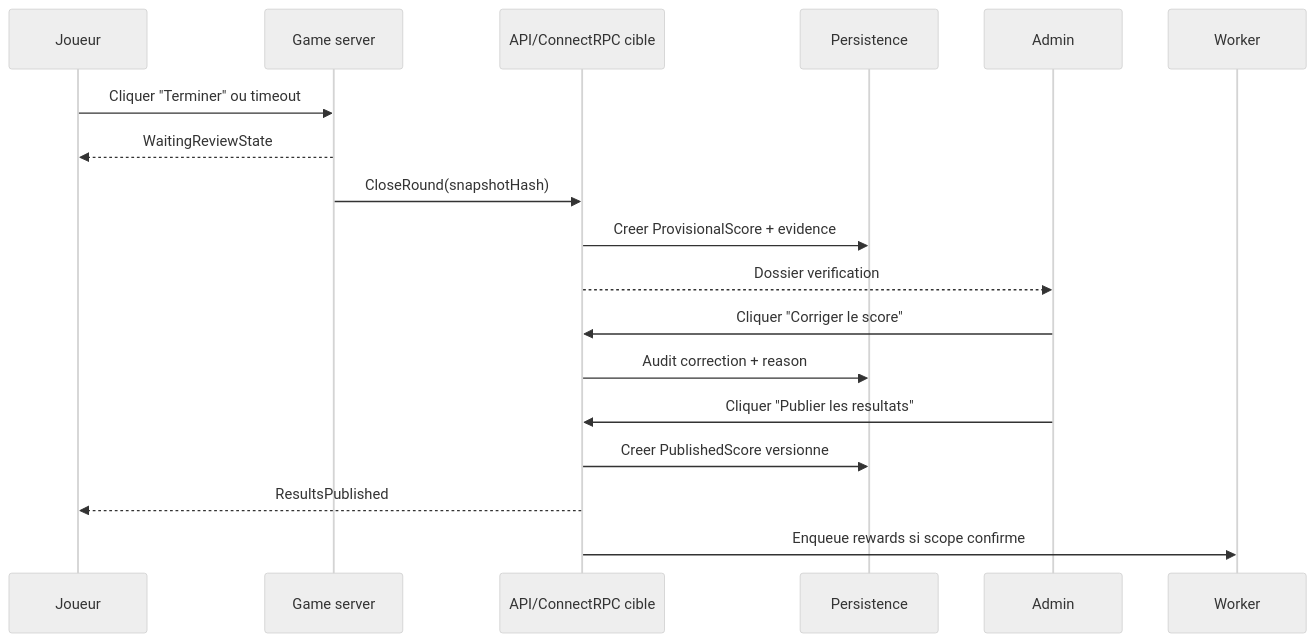
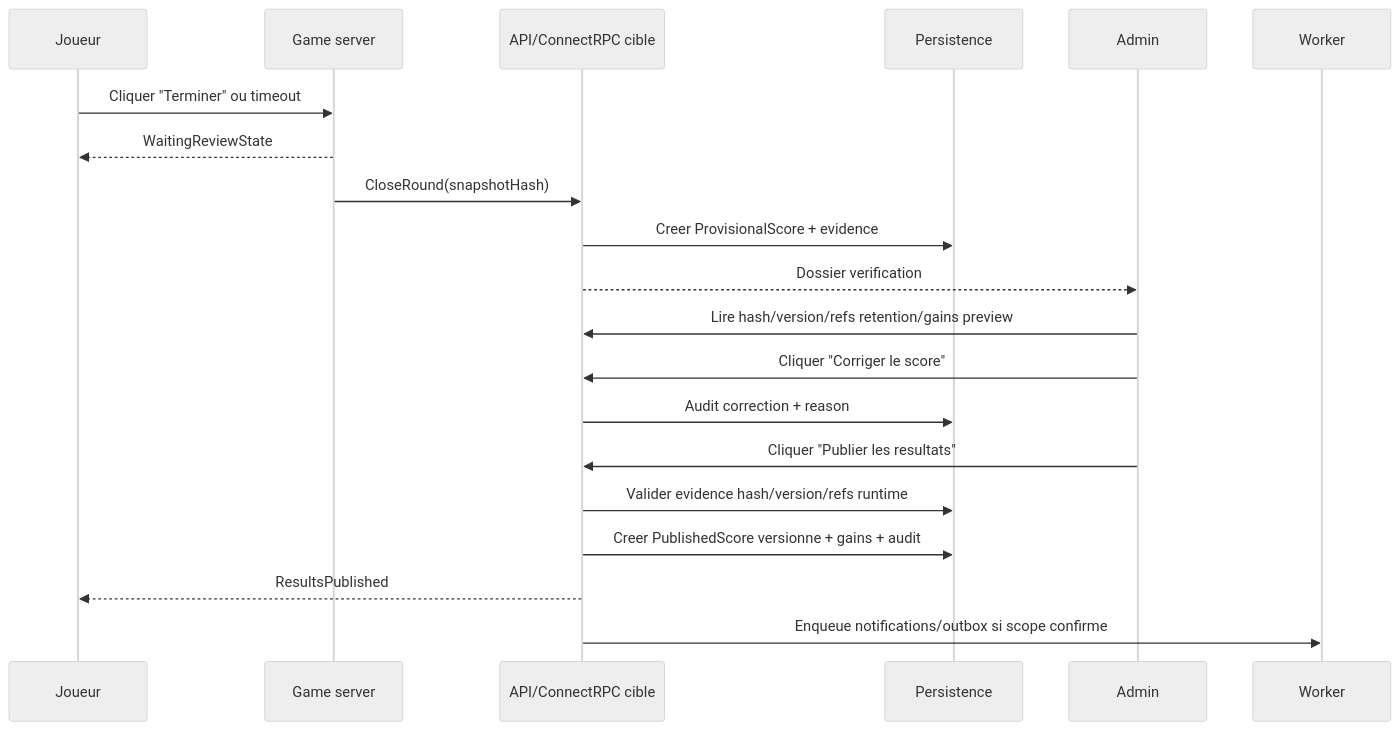
Before and after one commit to pius-coder/anonymous: the diagram in docs/03-architecture/uml/scoring-publication.md, drawn with Mermaid (neutral theme). The commit also changed other lines of this file and 22 other files, not shown here.

````diff
--- a/docs/03-architecture/uml/scoring-publication.md
+++ b/docs/03-architecture/uml/scoring-publication.md
@@ -5,21 +5,23 @@
 ```mermaid
 sequenceDiagram
   participant P as Joueur
   participant Room as Game server
   participant API as API/ConnectRPC cible
   participant DB as Persistence
   participant A as Admin
   participant W as Worker
 
   P->>Room: Cliquer "Terminer" ou timeout
   Room-->>P: WaitingReviewState
   Room->>API: CloseRound(snapshotHash)
   API->>DB: Creer ProvisionalScore + evidence
   API-->>A: Dossier verification
+  A->>API: Lire hash/version/refs retention/gains preview
   A->>API: Cliquer "Corriger le score"
   API->>DB: Audit correction + reason
   A->>API: Cliquer "Publier les resultats"
-  API->>DB: Creer PublishedScore versionne
+  API->>DB: Valider evidence hash/version/refs runtime
+  API->>DB: Creer PublishedScore versionne + gains + audit
   API-->>P: ResultsPublished
-  API->>W: Enqueue rewards si scope confirme
+  API->>W: Enqueue notifications/outbox si scope confirme
 ```
````
